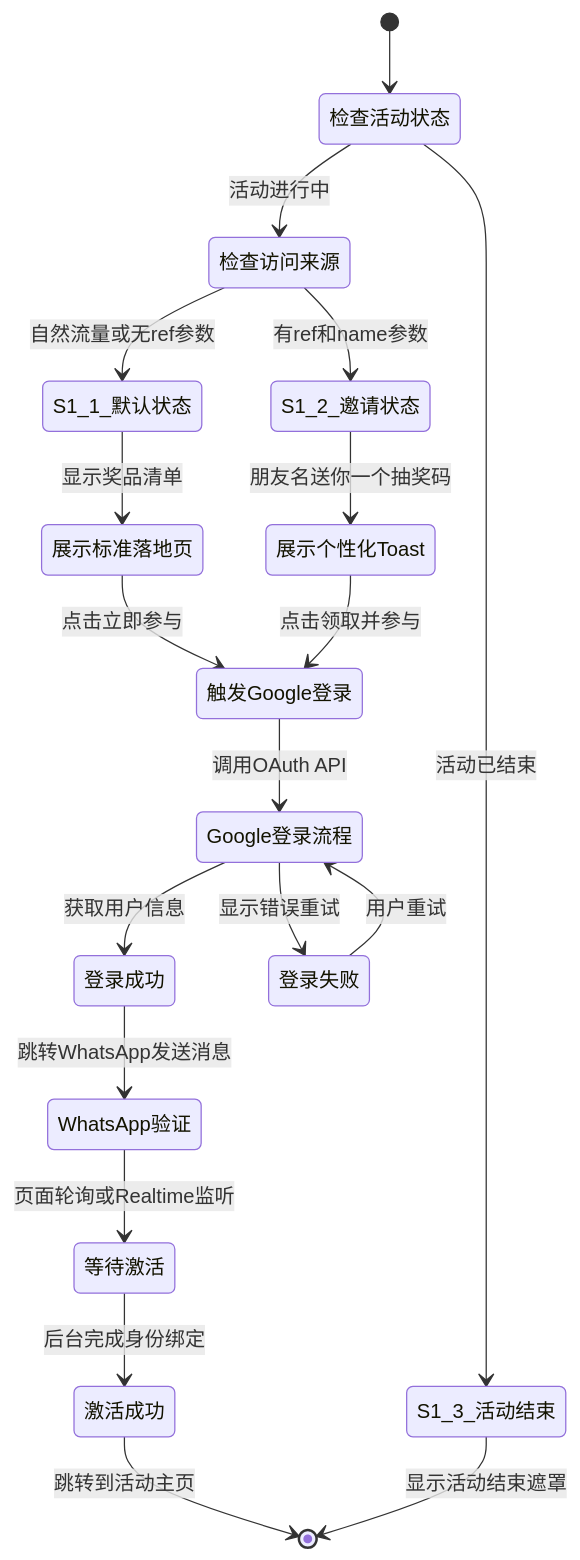
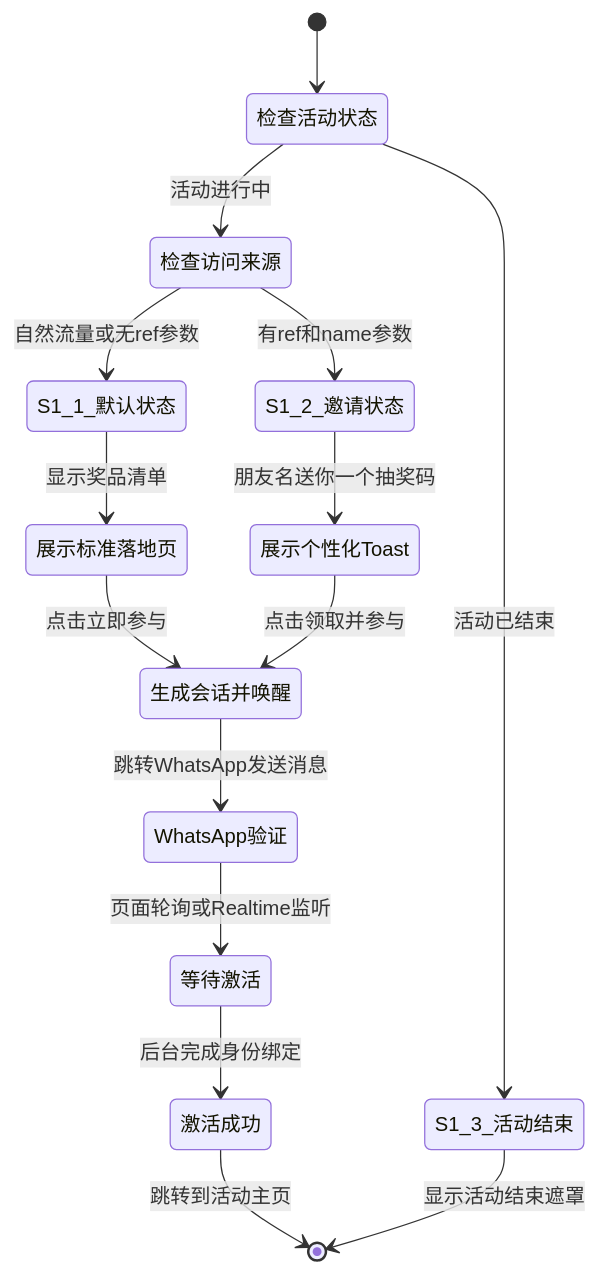
One commit to penny-design/CCDEMO changed the second of 6 diagrams in design/Flowchart.md. Above: the diagram before and after it, drawn with Mermaid. The commit also changed other lines of this file and 18 other files, not shown here.

````diff
--- a/design/Flowchart.md
+++ b/design/Flowchart.md
@@ -148,28 +142,22 @@
 ```mermaid
 stateDiagram-v2
     [*] --> 检查活动状态
     检查活动状态 --> S1_3_活动结束: 活动已结束
     检查活动状态 --> 检查访问来源: 活动进行中
     
     检查访问来源 --> S1_1_默认状态: 自然流量或无ref参数
     检查访问来源 --> S1_2_邀请状态: 有ref和name参数
     
     S1_1_默认状态 --> 展示标准落地页: 显示奖品清单
     S1_2_邀请状态 --> 展示个性化Toast: 朋友名送你一个抽奖码
     
-    展示标准落地页 --> 触发Google登录: 点击立即参与
-    展示个性化Toast --> 触发Google登录: 点击领取并参与
+    展示标准落地页 --> 生成会话并唤醒: 点击立即参与
+    展示个性化Toast --> 生成会话并唤醒: 点击领取并参与
     
-    触发Google登录 --> Google登录流程: 调用OAuth API
-    Google登录流程 --> 登录成功: 获取用户信息
-    Google登录流程 --> 登录失败: 显示错误重试
-    
-    登录失败 --> Google登录流程: 用户重试
-    登录成功 --> WhatsApp验证: 跳转WhatsApp发送消息
-    
+    生成会话并唤醒 --> WhatsApp验证: 跳转WhatsApp发送消息
     WhatsApp验证 --> 等待激活: 页面轮询或Realtime监听
     等待激活 --> 激活成功: 后台完成身份绑定
     激活成功 --> [*]: 跳转到活动主页
     
     S1_3_活动结束 --> [*]: 显示活动结束遮罩
 ```
````
